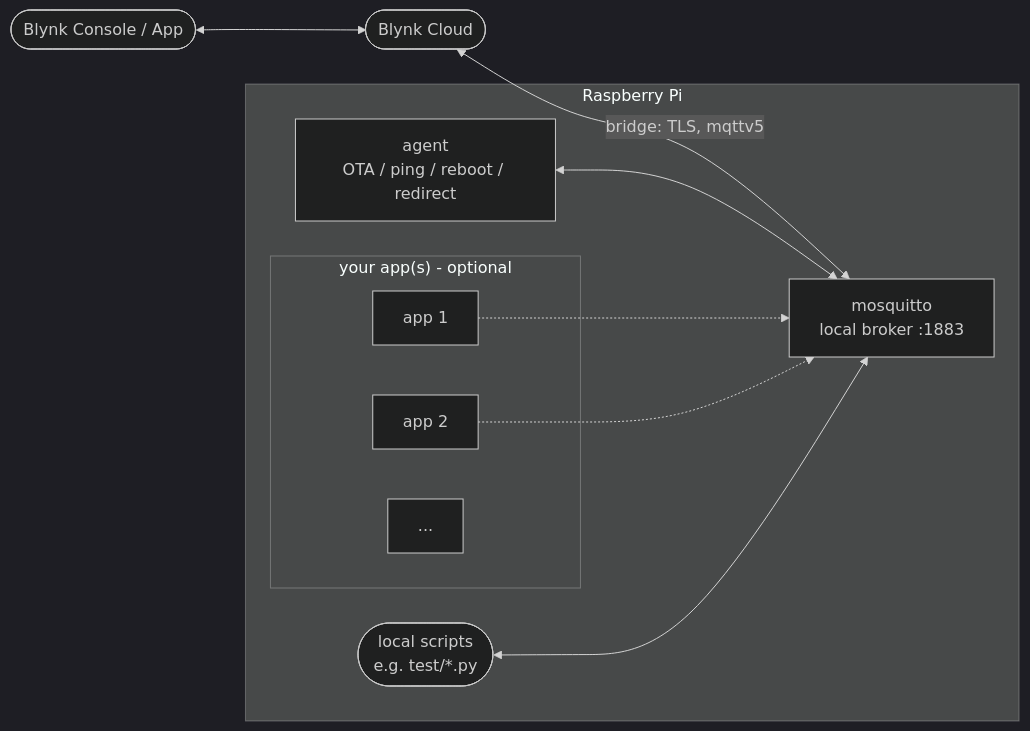
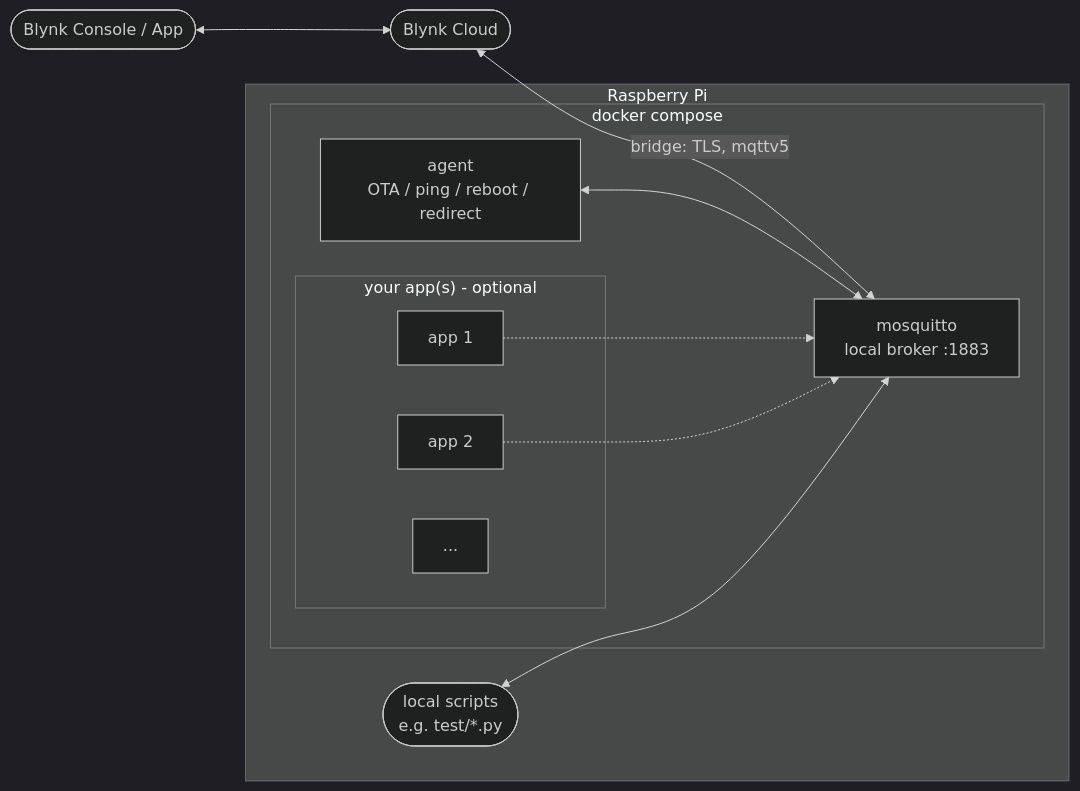
The diagram in README.md (anthony-blynk/blynk-agent-raspberry-pi), drawn with Mermaid (dark theme) before and after one commit.

Commit message:
README diagram: nest mosquitto/agent/apps inside a docker compose box, local scripts outside it

````diff
--- a/README.md
+++ b/README.md
@@ -15,23 +15,25 @@
 ```mermaid
 flowchart LR
     console(["Blynk Console / App"])
     cloud(["Blynk Cloud"])
 
     subgraph pi["Raspberry Pi"]
-        mosquitto["mosquitto<br/>local broker :1883"]
-        agent["agent<br/>OTA / ping / reboot / redirect"]
-        subgraph apps["your app(s) - optional"]
-            app1["app 1"]
-            app2["app 2"]
-            appdots["..."]
+        subgraph compose["docker compose"]
+            mosquitto["mosquitto<br/>local broker :1883"]
+            agent["agent<br/>OTA / ping / reboot / redirect"]
+            subgraph apps["your app(s) - optional"]
+                app1["app 1"]
+                app2["app 2"]
+                appdots["..."]
+            end
         end
         local(["local scripts<br/>e.g. test/*.py"])
     end
 
     console <--> cloud
     cloud <-->|bridge: TLS, mqttv5| mosquitto
     agent <--> mosquitto
     app1 -.-> mosquitto
     app2 -.-> mosquitto
     local <--> mosquitto
 ```
````
